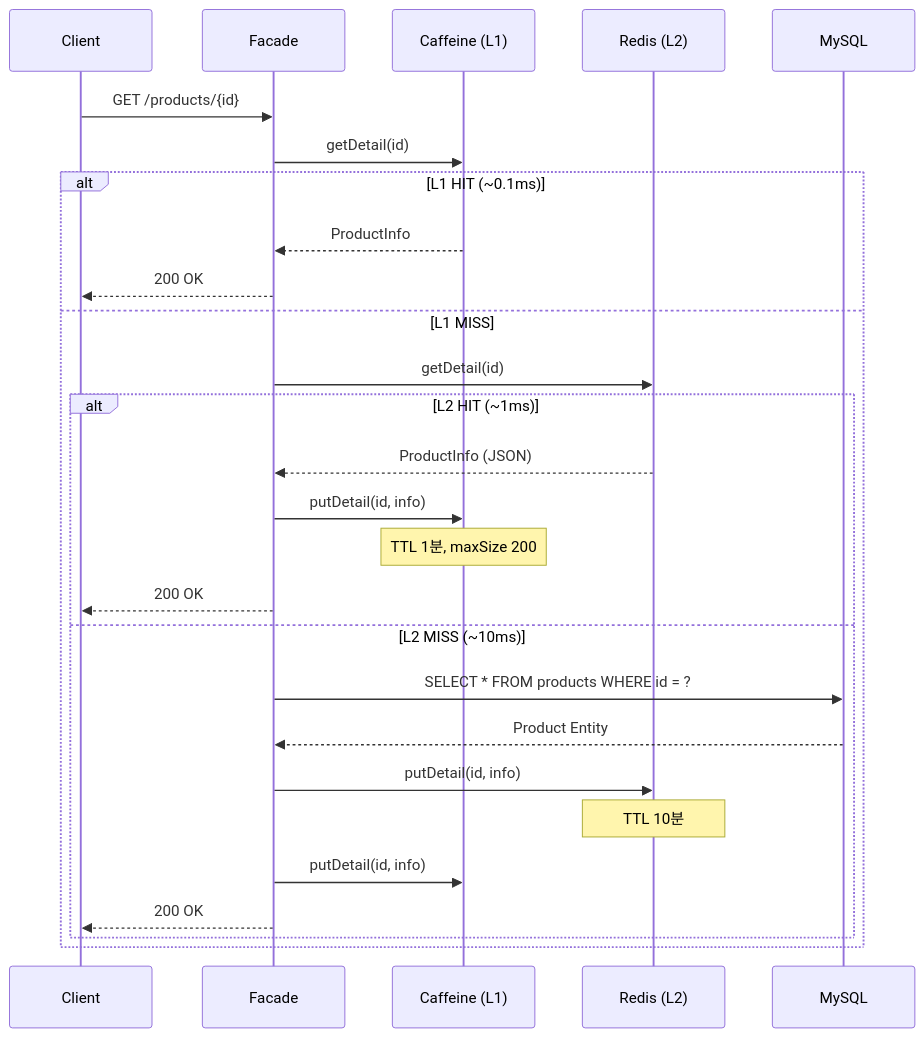
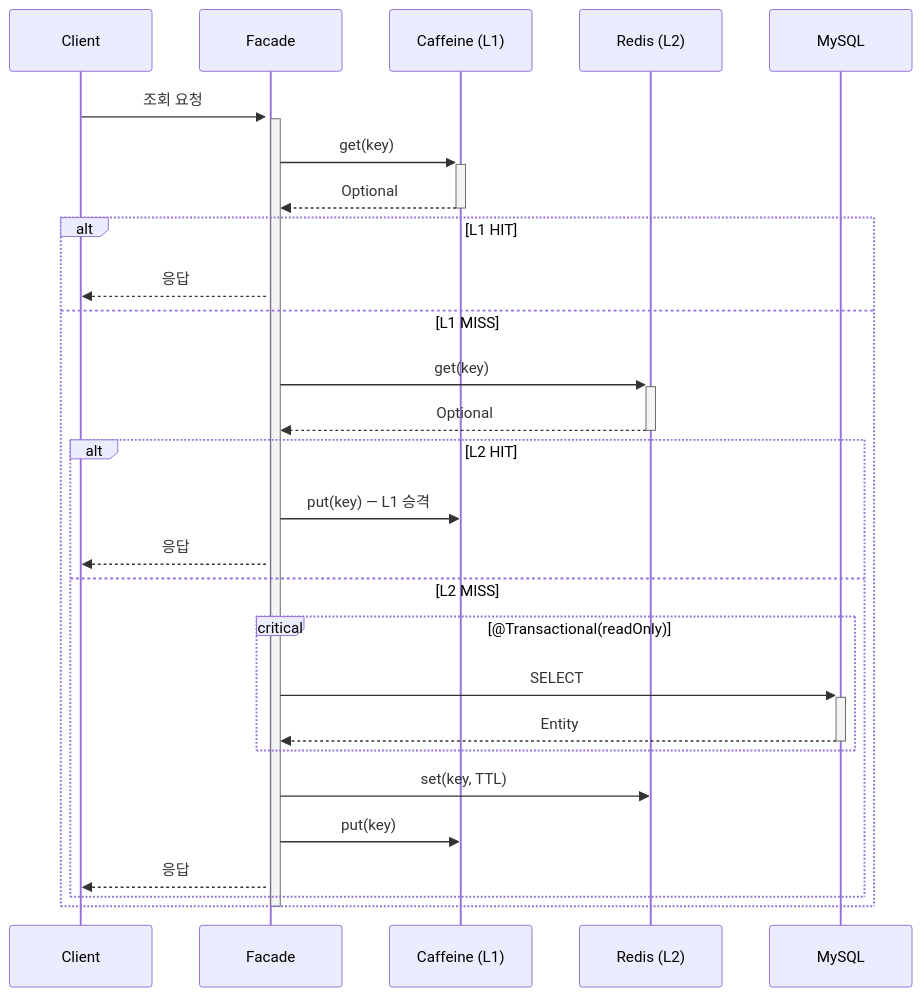
One commit to Loopers-dev-lab/loop-pack-be-l2-vol3-java changed the first of 3 diagrams in docs/performance/product/cache-strategy.md. Above: the diagram before and after it, drawn with Mermaid. The commit also changed other lines of this file, not shown here.

Commit message:
docs: 캐시 시퀀스 다이어그램 UML 표준 준수 (activation bar, critical, par)

````diff
--- a/docs/performance/product/cache-strategy.md
+++ b/docs/performance/product/cache-strategy.md
@@ -309,33 +309,35 @@
 ```mermaid
 sequenceDiagram
     participant C as Client
     participant F as Facade
     participant L1 as Caffeine (L1)
     participant L2 as Redis (L2)
     participant DB as MySQL
 
-    C->>F: GET /products/{id}
+    C->>+F: 조회 요청
 
-    F->>L1: getDetail(id)
+    activate F
+    F->>+L1: get(key)
+    L1-->>-F: Optional
 
-    alt L1 HIT (~0.1ms)
-        L1-->>F: ProductInfo
-        F-->>C: 200 OK
+    alt L1 HIT
+        F-->>C: 응답
     else L1 MISS
-        F->>L2: getDetail(id)
+        F->>+L2: get(key)
+        L2-->>-F: Optional
 
-        alt L2 HIT (~1ms)
-            L2-->>F: ProductInfo (JSON)
-            F->>L1: putDetail(id, info)
-            Note over L1: TTL 1분, maxSize 200
-            F-->>C: 200 OK
-        else L2 MISS (~10ms)
-            F->>DB: SELECT * FROM products WHERE id = ?
-            DB-->>F: Product Entity
-            F->>L2: putDetail(id, info)
-            Note over L2: TTL 10분
-            F->>L1: putDetail(id, info)
-            F-->>C: 200 OK
+        alt L2 HIT
+            F->>L1: put(key) — L1 승격
+            F-->>C: 응답
+        else L2 MISS
+            critical @Transactional(readOnly)
+                F->>+DB: SELECT
+                DB-->>-F: Entity
+            end
+            F->>L2: set(key, TTL)
+            F->>L1: put(key)
+            F-->>C: 응답
         end
     end
+    deactivate F
 ```
````
